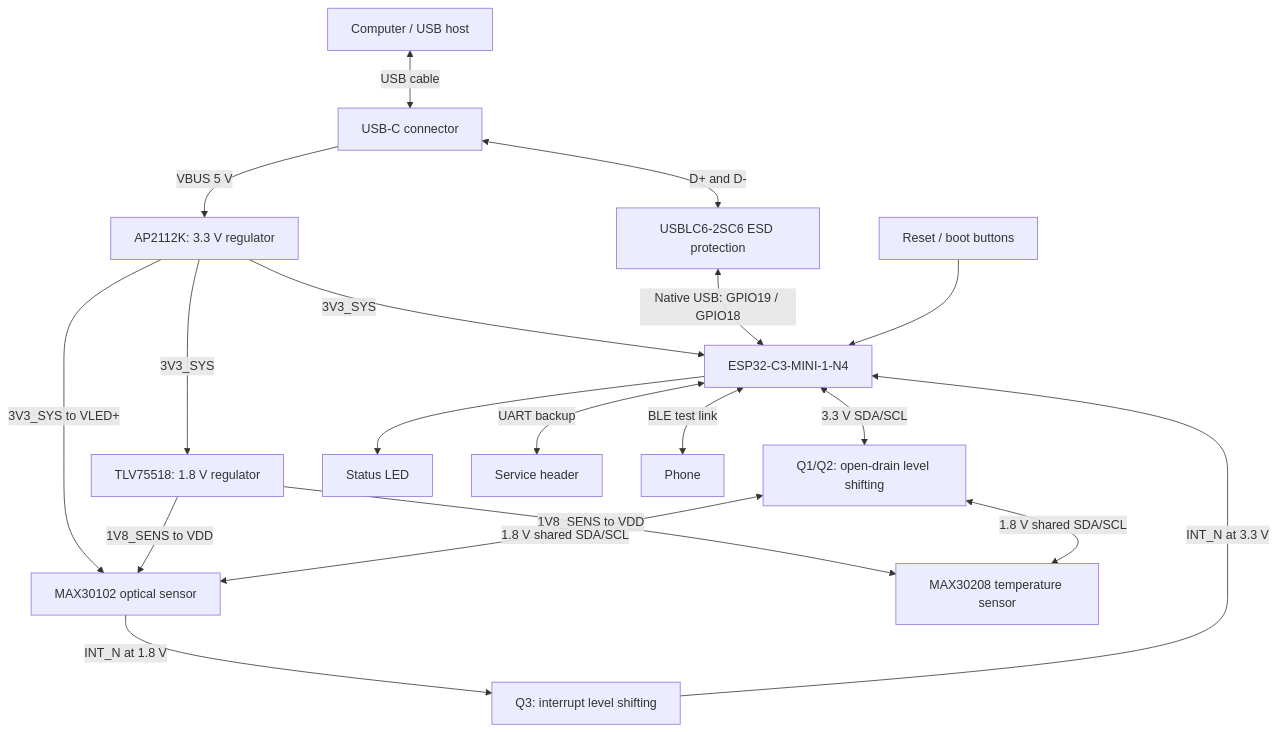
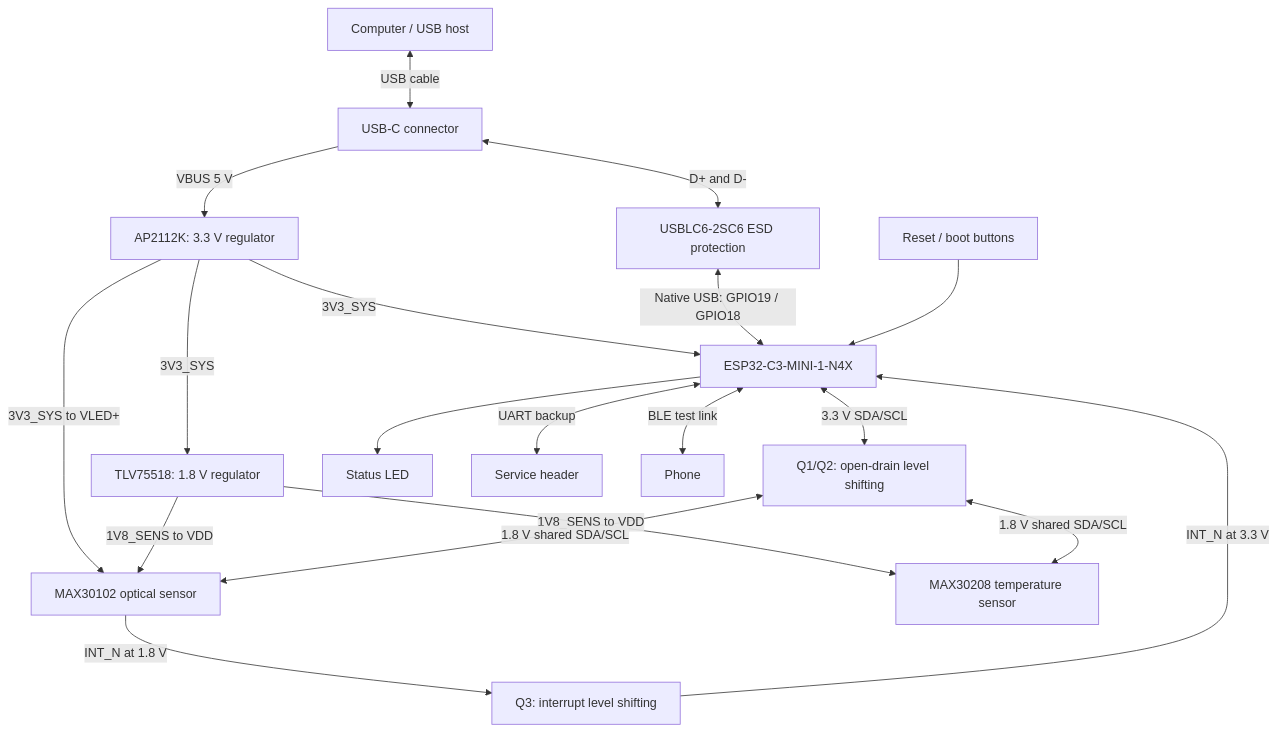
The diagram in docs/ITERATION_1_SCHEMATIC_FLOW.md (HXRSHGIT/Smart-Watch-Rev-1.1), drawn with Mermaid before and after one commit. The commit also changed other lines of this file and 7 other files, not shown here.

Commit message:
Add ESP32-C3 vs nRF54L15 comparisons and SoC battery model; use MINI-1-N4X (N4 is NRND)

````diff
--- a/docs/ITERATION_1_SCHEMATIC_FLOW.md
+++ b/docs/ITERATION_1_SCHEMATIC_FLOW.md
@@ -9,21 +9,21 @@
 ```mermaid
 flowchart TD
     PC[Computer / USB host] <-->|USB cable| J1[USB-C connector]
     J1 -->|VBUS 5 V| U2[AP2112K: 3.3 V regulator]
-    U2 -->|3V3_SYS| U1[ESP32-C3-MINI-1-N4]
+    U2 -->|3V3_SYS| U1[ESP32-C3-MINI-1-N4X]
     U2 -->|3V3_SYS to VLED+| U4[MAX30102 optical sensor]
     U2 -->|3V3_SYS| U3[TLV75518: 1.8 V regulator]
     U3 -->|1V8_SENS to VDD| U4
     U3 -->|1V8_SENS to VDD| U5[MAX30208 temperature sensor]
     J1 <-->|D+ and D-| U6[USBLC6-2SC6 ESD protection]
     U6 <-->|Native USB: GPIO19 / GPIO18| U1
     U1 <-->|3.3 V SDA/SCL| Q12[Q1/Q2: open-drain level shifting]
     Q12 <-->|1.8 V shared SDA/SCL| U4
     Q12 <-->|1.8 V shared SDA/SCL| U5
     U4 -->|INT_N at 1.8 V| Q3[Q3: interrupt level shifting]
     Q3 -->|INT_N at 3.3 V| U1
     Controls[Reset / boot buttons] --> U1
     U1 --> Status[Status LED]
     U1 <-->|UART backup| J2[Service header]
     U1 <-->|BLE test link| Phone[Phone]
 ```
````
